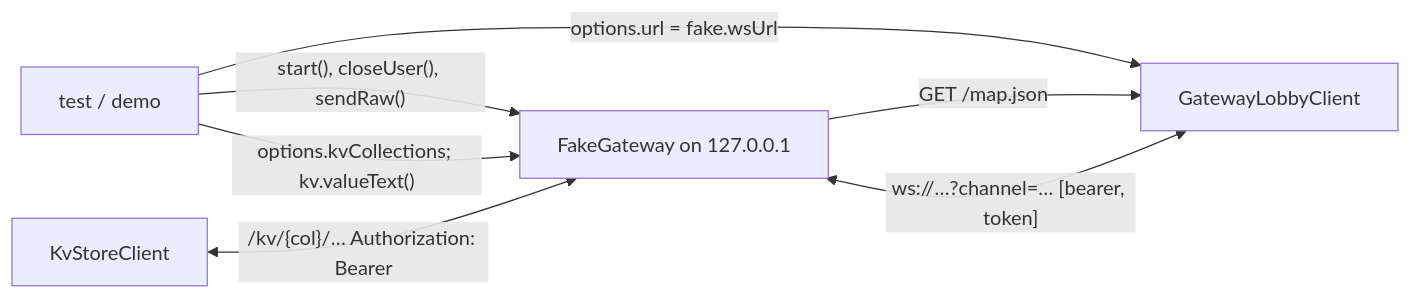
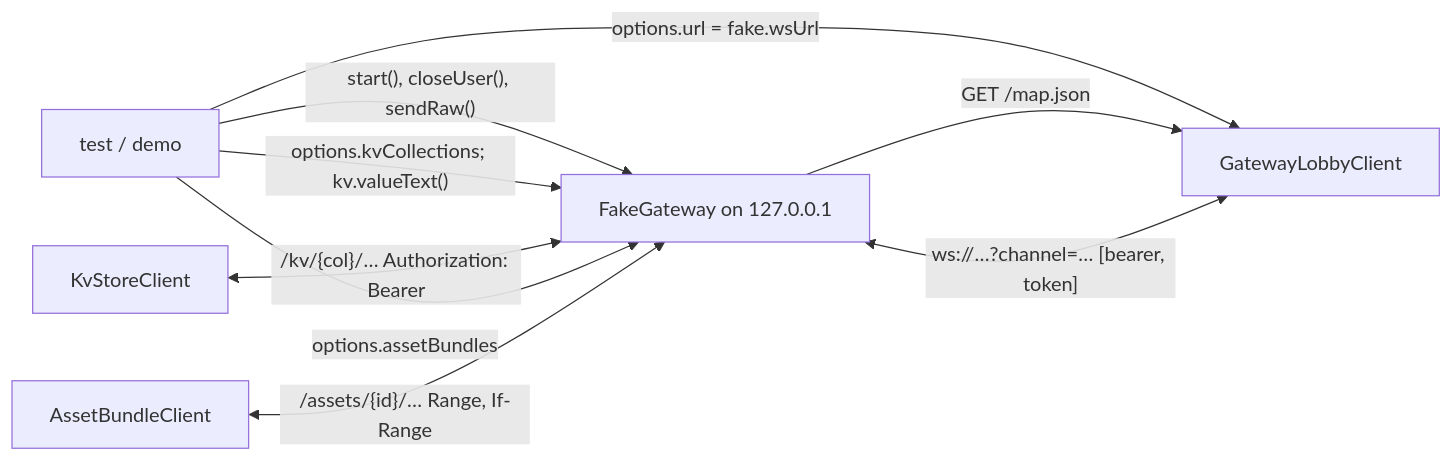
Before and after one commit to yingyeothon/flutterlib: the diagram in packages/yingyeothon_fake_gateway/README.md, drawn with Mermaid. The commit also changed other lines of this file and 29 other files, not shown here.

````diff
--- a/packages/yingyeothon_fake_gateway/README.md
+++ b/packages/yingyeothon_fake_gateway/README.md
@@ -38,9 +40,11 @@
 ```mermaid
 flowchart LR
   test["test / demo"] -- "start(), closeUser(), sendRaw()" --> fake["FakeGateway on 127.0.0.1"]
   test -- "options.url = fake.wsUrl" --> sdk["GatewayLobbyClient"]
   sdk <-- "ws://…?channel=… [bearer, token]" --> fake
   fake -- "GET /map.json" --> sdk
   test -- "options.kvCollections; kv.valueText()" --> fake
   kv["KvStoreClient"] <-- "/kv/{col}/… Authorization: Bearer" --> fake
+  test -- "options.assetBundles" --> fake
+  assets["AssetBundleClient"] <-- "/assets/{id}/… Range, If-Range" --> fake
 ```
````
